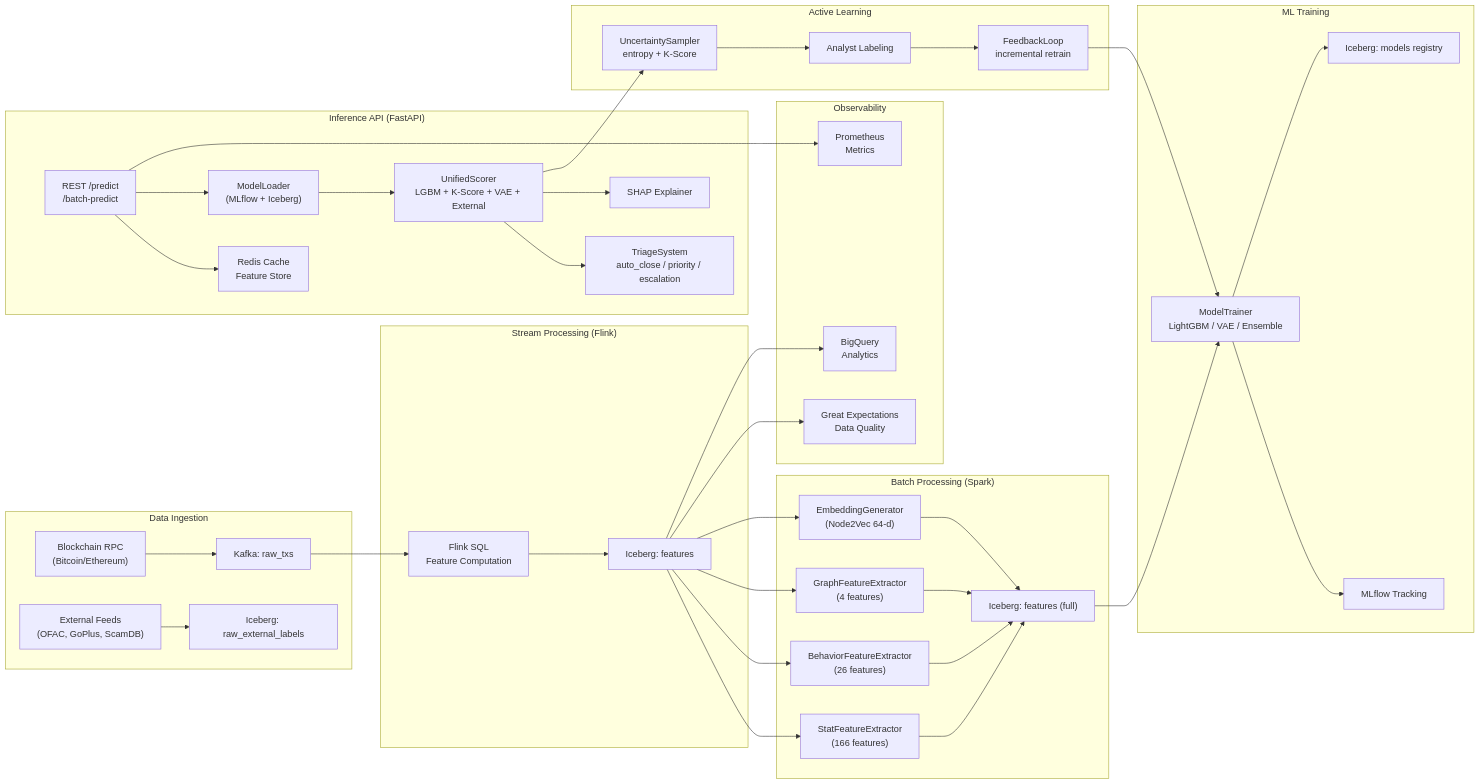
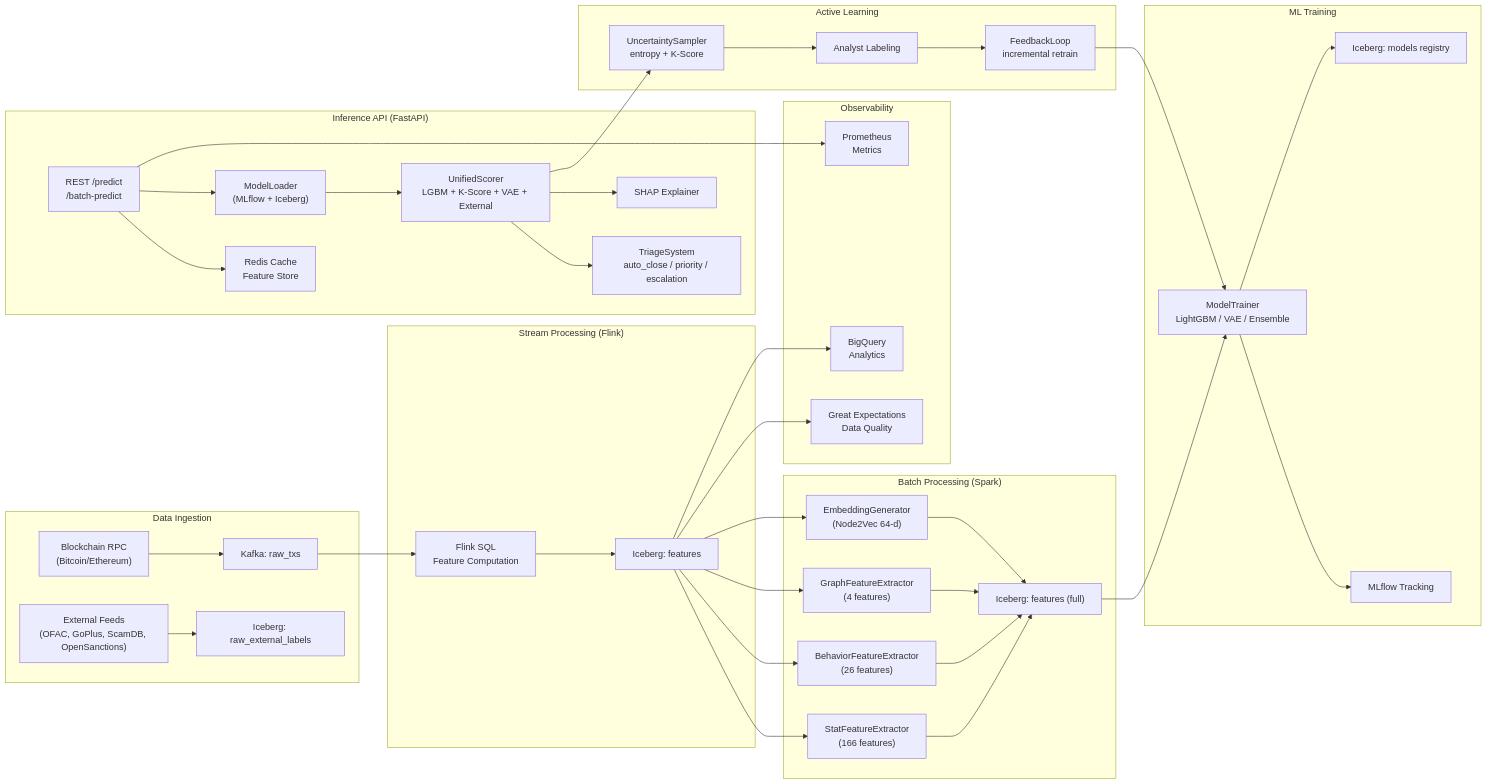
Before and after one commit to KirillYuzh/Hybrid-Theory: the diagram in README.md, drawn with Mermaid. The commit also changed other lines of this file and 7 other files, not shown here.

Commit message:
feat: dataset expanded with OpenSanctions, model retrained

````diff
--- a/README.md
+++ b/README.md
@@ -34,60 +34,60 @@
 ```mermaid
 flowchart LR
     subgraph INGESTION["Data Ingestion"]
         RPC["Blockchain RPC\n(Bitcoin/Ethereum)"]
-        EXT["External Feeds\n(OFAC, GoPlus, ScamDB)"]
+        EXT["External Feeds\n(OFAC, GoPlus, ScamDB, OpenSanctions)"]
         RPC --> KAFKA["Kafka: raw_txs"]
         EXT --> ICEBERG_RAW["Iceberg: raw_external_labels"]
     end
 
     subgraph STREAMING["Stream Processing (Flink)"]
         KAFKA --> FLINK["Flink SQL\nFeature Computation"]
         FLINK --> ICEBERG_FEAT["Iceberg: features"]
     end
 
     subgraph BATCH["Batch Processing (Spark)"]
         ICEBERG_FEAT --> STAT["StatFeatureExtractor\n(166 features)"]
         ICEBERG_FEAT --> BEHAV["BehaviorFeatureExtractor\n(26 features)"]
         ICEBERG_FEAT --> GRAPH["GraphFeatureExtractor\n(4 features)"]
         ICEBERG_FEAT --> EMB["EmbeddingGenerator\n(Node2Vec 64-d)"]
         STAT & BEHAV & GRAPH & EMB --> ICEBERG_FEAT_FULL["Iceberg: features (full)"]
     end
 
     subgraph TRAINING["ML Training"]
         ICEBERG_FEAT_FULL --> TRAIN["ModelTrainer\nLightGBM / VAE / Ensemble"]
         TRAIN --> MLFLOW["MLflow Tracking"]
         TRAIN --> ICEBERG_MODEL["Iceberg: models registry"]
     end
 
     subgraph INFERENCE["Inference API (FastAPI)"]
         API["REST /predict\n/batch-predict"]
         REDIS["Redis Cache\nFeature Store"]
         MODEL_LOADER["ModelLoader\n(MLflow + Iceberg)"]
         SCORER["UnifiedScorer\nLGBM + K-Score + VAE + External"]
         TRIAGE["TriageSystem\nauto_close / priority / escalation"]
         SHAP["SHAP Explainer"]
         
         API --> REDIS
         API --> MODEL_LOADER
         MODEL_LOADER --> SCORER
         SCORER --> TRIAGE
         SCORER --> SHAP
     end
 
     subgraph ACTIVE["Active Learning"]
         SCORER --> AL_SAMPLER["UncertaintySampler\nentropy + K-Score"]
         AL_SAMPLER --> ANALYST["Analyst Labeling"]
         ANALYST --> FEEDBACK["FeedbackLoop\nincremental retrain"]
         FEEDBACK --> TRAIN
     end
 
     subgraph MONITORING["Observability"]
         PROM["Prometheus\nMetrics"]
         BIGQUERY["BigQuery\nAnalytics"]
         GREAT_EXP["Great Expectations\nData Quality"]
         
         API --> PROM
         ICEBERG_FEAT --> GREAT_EXP
         ICEBERG_FEAT --> BIGQUERY
     end
 ```
````
